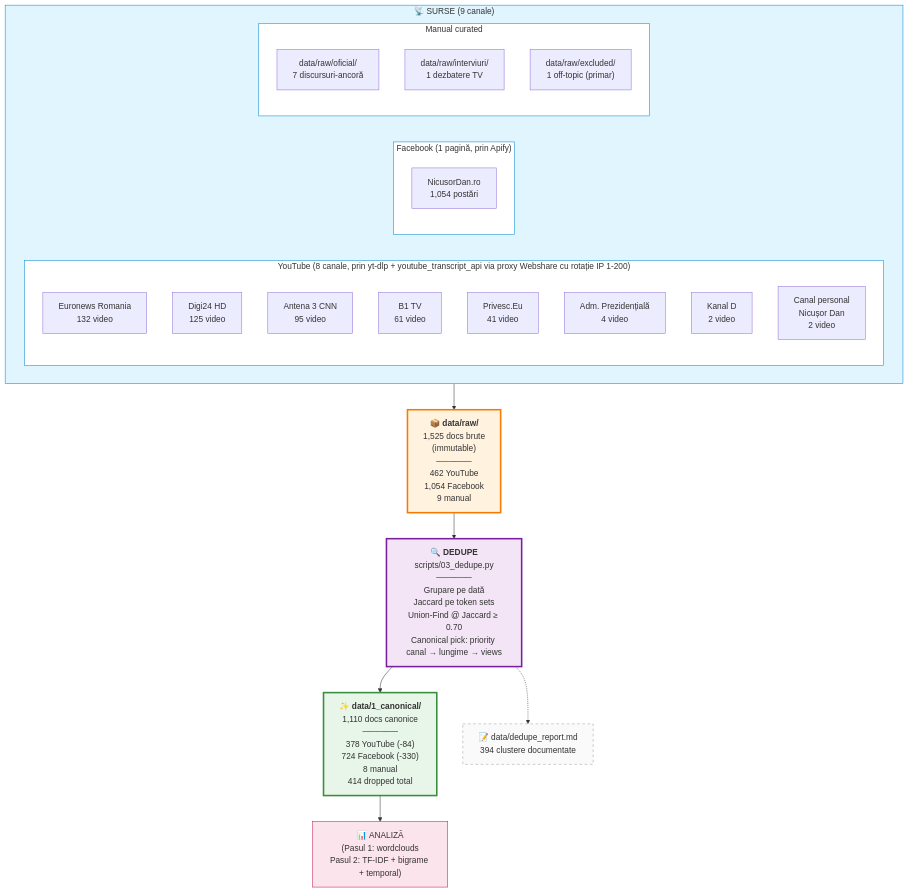
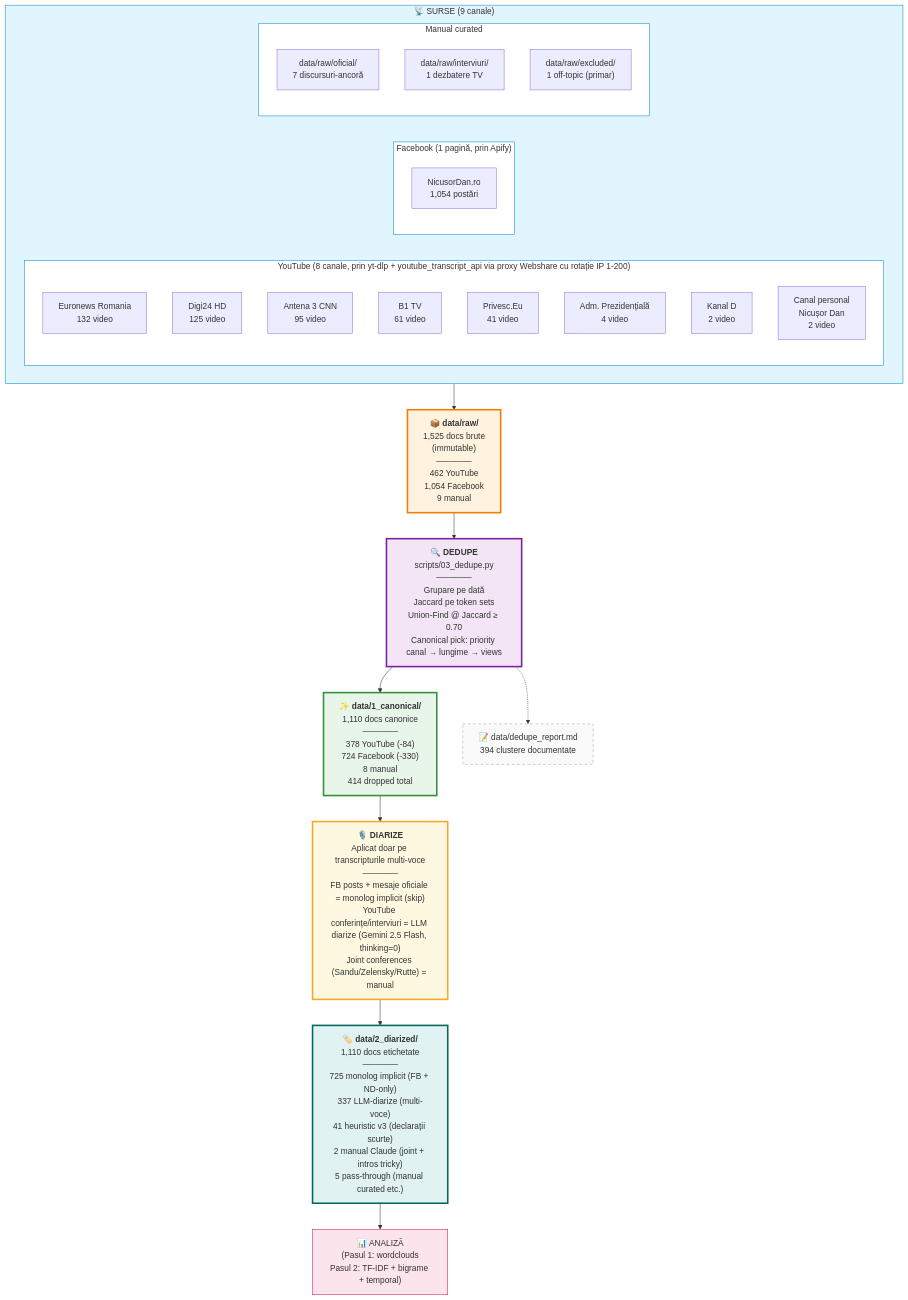
The diagram in README.md (radusqrt/evolutie-discurs-nicusor-dan), drawn with Mermaid before and after one commit. The commit also changed other lines of this file, not shown here.

First line of the commit message:
docs: README diagrama include pasul DIARIZE + split monolog vs LLM-diarize

````diff
--- a/README.md
+++ b/README.md
@@ -19,44 +19,50 @@
 ```mermaid
 flowchart TB
     subgraph SRC["📡 SURSE (9 canale)"]
         direction LR
         subgraph YT["YouTube (8 canale, prin yt-dlp + youtube_transcript_api via proxy Webshare cu rotație IP 1-200)"]
             E["Euronews Romania<br/>132 video"]
             D["Digi24 HD<br/>125 video"]
             A3["Antena 3 CNN<br/>95 video"]
             B1["B1 TV<br/>61 video"]
             PE["Privesc.Eu<br/>41 video"]
             AP["Adm. Prezidențială<br/>4 video"]
             KD["Kanal D<br/>2 video"]
             NDP["Canal personal<br/>Nicușor Dan<br/>2 video"]
         end
         subgraph FB["Facebook (1 pagină, prin Apify)"]
             FBP["NicusorDan.ro<br/>1,054 postări"]
         end
         subgraph MAN["Manual curated"]
             OFI["data/raw/oficial/<br/>7 discursuri-ancoră"]
             INT["data/raw/interviuri/<br/>1 dezbatere TV"]
             EXC["data/raw/excluded/<br/>1 off-topic (primar)"]
         end
     end
 
     SRC --> RAW["📦 <b>data/raw/</b><br/>1,525 docs brute<br/>(immutable)<br/>──────<br/>462 YouTube<br/>1,054 Facebook<br/>9 manual"]
 
     RAW --> DEDUP["🔍 <b>DEDUPE</b><br/>scripts/03_dedupe.py<br/>──────<br/>Grupare pe dată<br/>Jaccard pe token sets<br/>Union-Find @ Jaccard ≥ 0.70<br/>Canonical pick: priority canal → lungime → views"]
 
     DEDUP --> CAN["✨ <b>data/1_canonical/</b><br/>1,110 docs canonice<br/>──────<br/>378 YouTube (-84)<br/>724 Facebook (-330)<br/>8 manual<br/>414 dropped total"]
 
     DEDUP -.-> REP["📝 data/dedupe_report.md<br/>394 clustere documentate"]
 
-    CAN --> AN["📊 ANALIZĂ<br/>(Pasul 1: wordclouds<br/>Pasul 2: TF-IDF + bigrame + temporal)"]
+    CAN --> DIARIZE["🎙️ <b>DIARIZE</b><br/>Aplicat doar pe transcripturile multi-voce<br/>──────<br/>FB posts + mesaje oficiale = monolog implicit (skip)<br/>YouTube conferințe/interviuri = LLM diarize (Gemini 2.5 Flash, thinking=0)<br/>Joint conferences (Sandu/Zelensky/Rutte) = manual"]
+
+    DIARIZE --> DIA["🏷️ <b>data/2_diarized/</b><br/>1,110 docs etichetate<br/>──────<br/>725 monolog implicit (FB + ND-only)<br/>337 LLM-diarize (multi-voce)<br/>41 heuristic v3 (declarații scurte)<br/>2 manual Claude (joint + intros tricky)<br/>5 pass-through (manual curated etc.)"]
+
+    DIA --> AN["📊 ANALIZĂ<br/>(Pasul 1: wordclouds<br/>Pasul 2: TF-IDF + bigrame + temporal)"]
 
     style SRC fill:#e1f5ff,stroke:#0288d1
     style YT fill:#fff,stroke:#0288d1
     style FB fill:#fff,stroke:#0288d1
     style MAN fill:#fff,stroke:#0288d1
     style RAW fill:#fff3e0,stroke:#f57c00,stroke-width:3px
     style DEDUP fill:#f3e5f5,stroke:#7b1fa2,stroke-width:3px
     style CAN fill:#e8f5e9,stroke:#388e3c,stroke-width:3px
+    style DIARIZE fill:#fff8e1,stroke:#f9a825,stroke-width:3px
+    style DIA fill:#e0f2f1,stroke:#00695c,stroke-width:3px
     style AN fill:#fce4ec,stroke:#c2185b
     style REP fill:#fafafa,stroke:#9e9e9e,stroke-dasharray: 5 5
 ```
````
